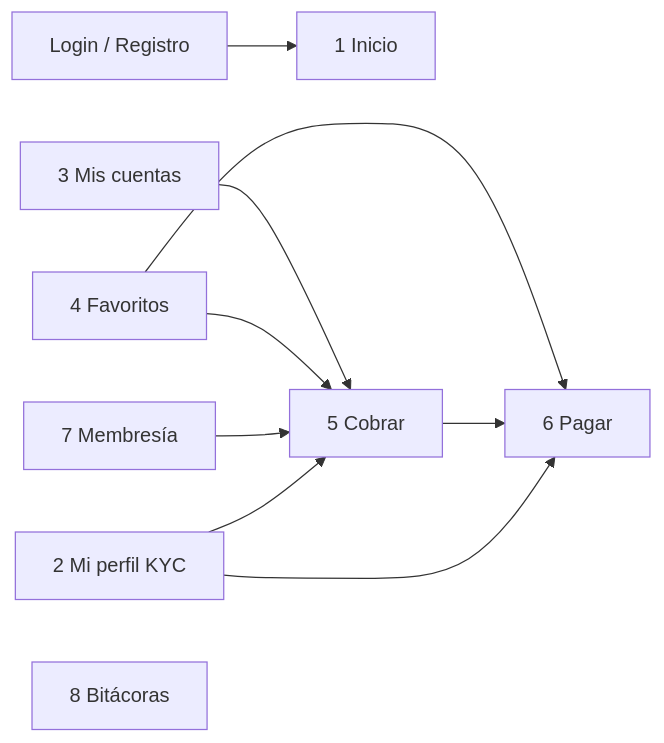
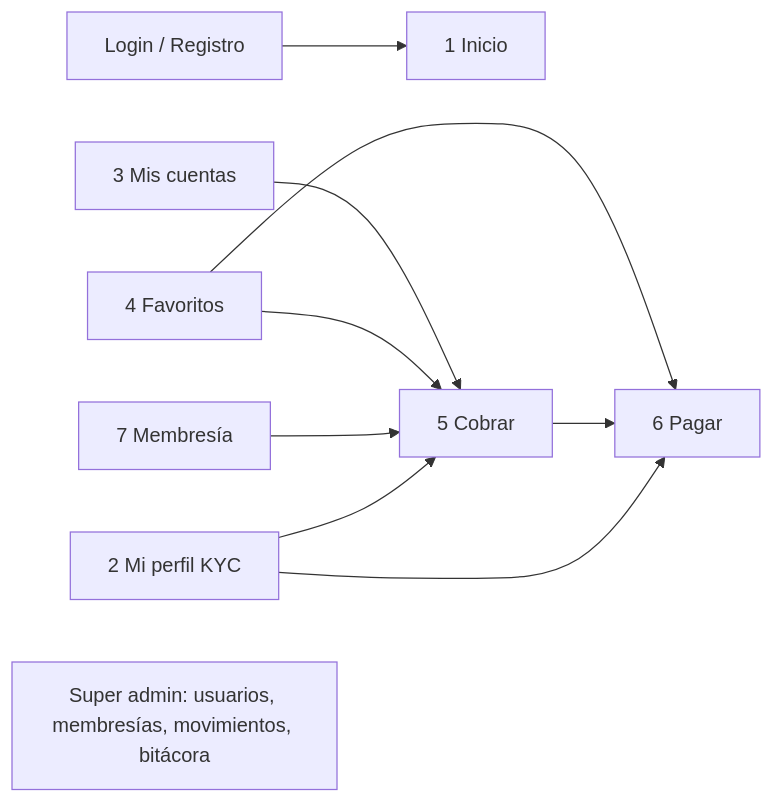
The fifth of 15 diagrams in docs/DOCUMENTACION-SISTEMA-COMPLETA.md (Spotynet/superclabe), drawn with Mermaid before and after one commit. The commit also changed other lines of this file and 31 other files, not shown here.

````diff
--- a/docs/DOCUMENTACION-SISTEMA-COMPLETA.md
+++ b/docs/DOCUMENTACION-SISTEMA-COMPLETA.md
@@ -288,20 +291,20 @@
 ```mermaid
 flowchart LR
   Auth[Login / Registro] --> Inicio
   Inicio[1 Inicio]
   Perfil[2 Mi perfil KYC]
   Cuentas[3 Mis cuentas]
   Fav[4 Favoritos]
   Cobrar[5 Cobrar]
   Pagar[6 Pagar]
   Memb[7 Membresía]
-  Audit[8 Bitácoras]
+  Admin[Super admin: usuarios, membresías, movimientos, bitácora]
 
   Cuentas --> Cobrar
   Fav --> Cobrar
   Fav --> Pagar
   Cobrar --> Pagar
   Memb --> Cobrar
   Perfil --> Cobrar
   Perfil --> Pagar
 ```
````
